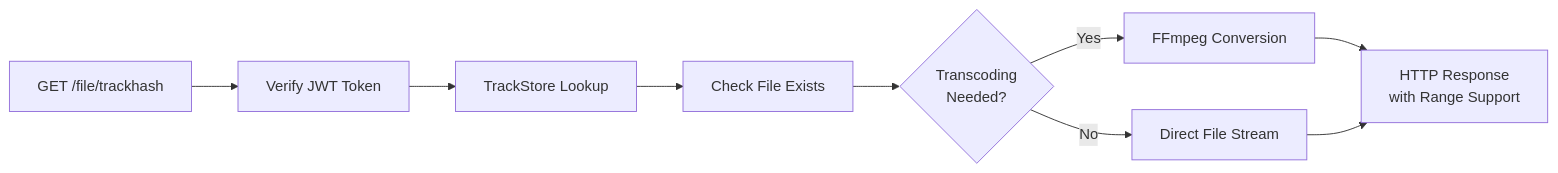
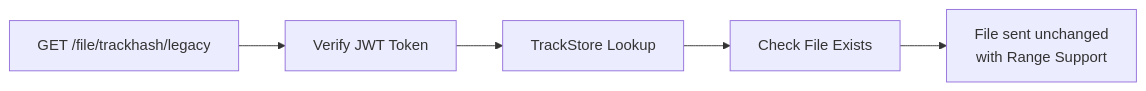
The sixth of 7 diagrams in contributing/README.md (vwellenberg/AivinNet), drawn with Mermaid before and after one commit. The commit also changed other lines of this file and 8 other files, not shown here.

First line of the commit message:
chore(stream): remove the dead transcoding path (#180) (#196)

````diff
--- a/contributing/README.md
+++ b/contributing/README.md
@@ -315,11 +312,7 @@
 ```mermaid
 graph LR
-    API[GET /file/trackhash] --> Auth[Verify JWT Token]
+    API[GET /file/trackhash/legacy] --> Auth[Verify JWT Token]
     Auth --> Lookup[TrackStore Lookup]
     Lookup --> File[Check File Exists]
-    File --> Transcode{Transcoding<br/>Needed?}
-    Transcode -->|Yes| Convert[FFmpeg Conversion]
-    Transcode -->|No| Direct[Direct File Stream]
-    Convert --> Stream[HTTP Response<br/>with Range Support]
-    Direct --> Stream
+    File --> Stream[File sent unchanged<br/>with Range Support]
 ```
````
